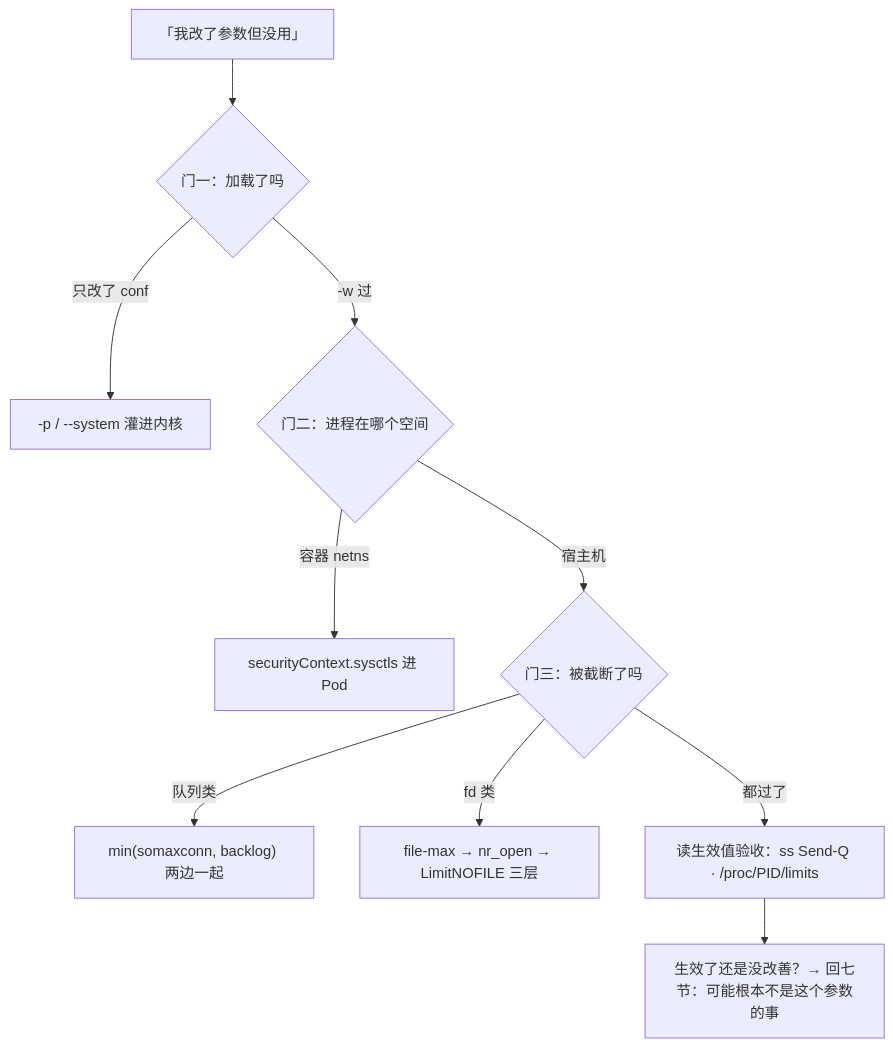
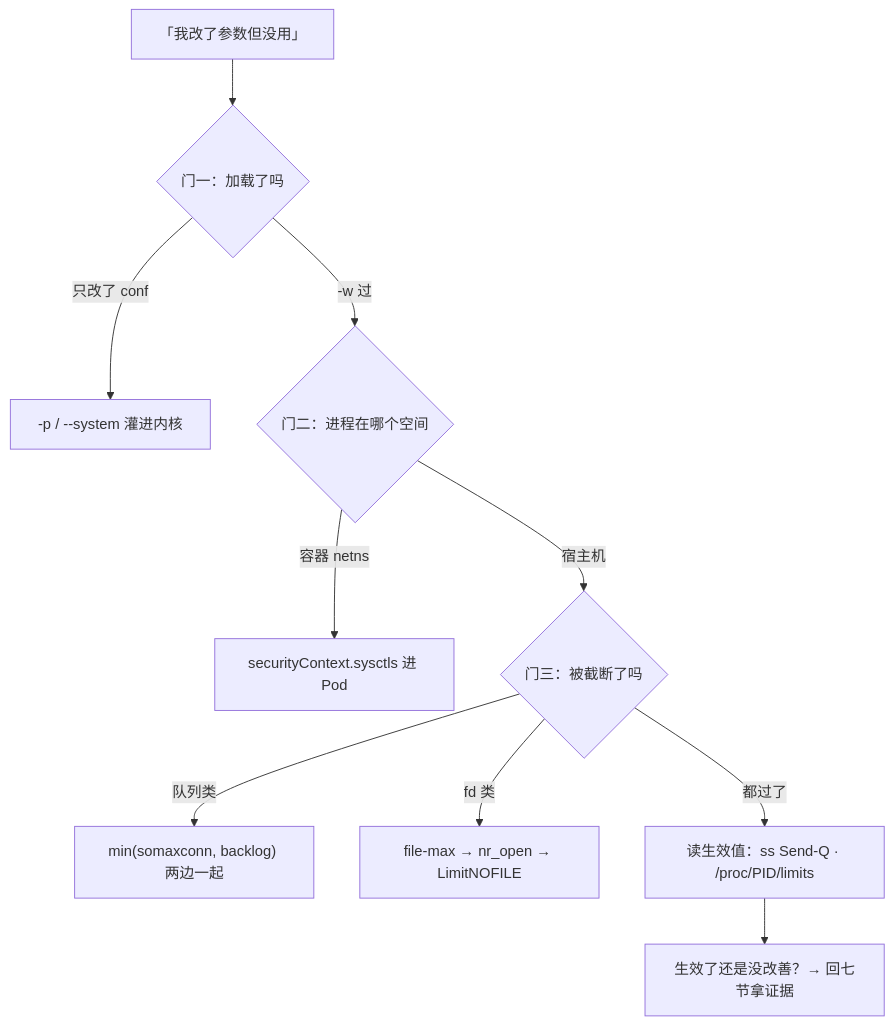
The fifth of 5 diagrams in 01-基础底座/24-内核参数与sysctl/知识点.md (ml-cuizijun/LearnToLilith), drawn with Mermaid before and after one commit. The commit also changed other lines of this file and 178 other files, not shown here.

````diff
--- a/01-基础底座/24-内核参数与sysctl/知识点.md
+++ b/01-基础底座/24-内核参数与sysctl/知识点.md
@@ -444,12 +455,12 @@
 ```mermaid
 flowchart TB
     A["「我改了参数但没用」"] --> B{"门一：加载了吗"}
     B -->|"只改了 conf"| C["-p / --system 灌进内核"]
     B -->|"-w 过"| D{"门二：进程在哪个空间"}
     D -->|"容器 netns"| E["securityContext.sysctls 进 Pod"]
     D -->|"宿主机"| F{"门三：被截断了吗"}
     F -->|"队列类"| G["min(somaxconn, backlog) 两边一起"]
-    F -->|"fd 类"| H["file-max → nr_open → LimitNOFILE 三层"]
-    F -->|"都过了"| I["读生效值验收：ss Send-Q · /proc/PID/limits"]
-    I --> J["生效了还是没改善？→ 回七节：可能根本不是这个参数的事"]
+    F -->|"fd 类"| H["file-max → nr_open → LimitNOFILE"]
+    F -->|"都过了"| I["读生效值：ss Send-Q · /proc/PID/limits"]
+    I --> J["生效了还是没改善？→ 回七节拿证据"]
 ```
````
